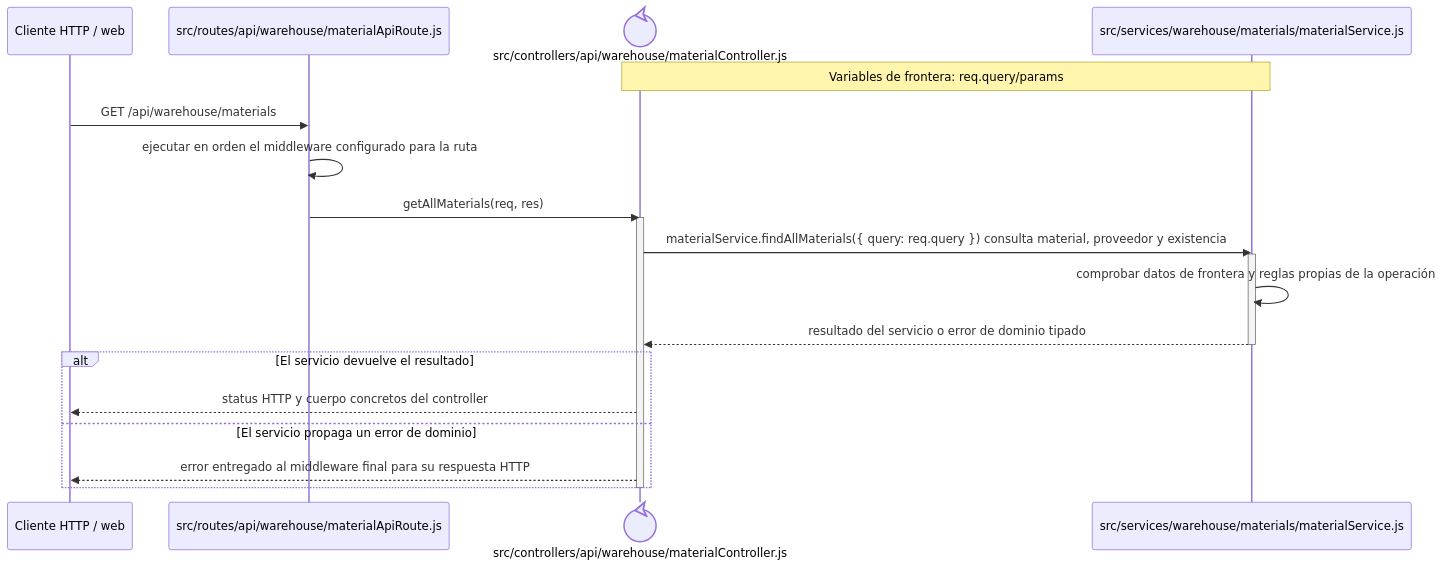
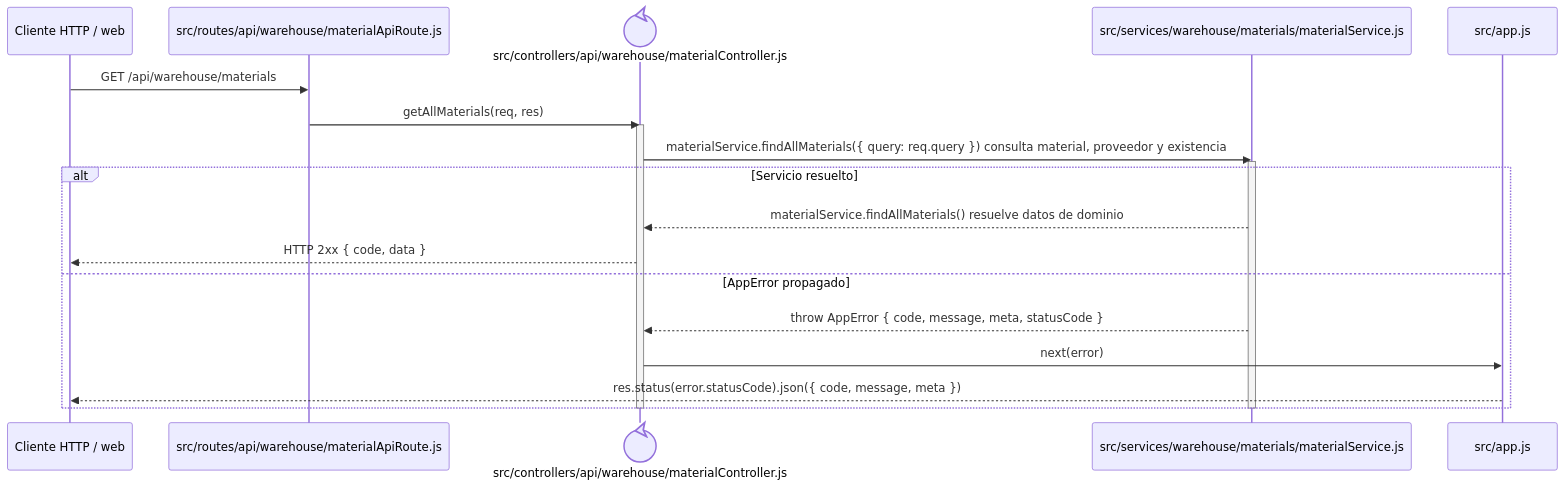
Before and after one commit to gpgsistemas01/nexus: the diagram in docs/architecture/backend-code-sequences/catalogs/cu-alm-01.md, drawn with Mermaid. The commit also changed 148 other files, not shown here.

````diff
--- a/docs/architecture/backend-code-sequences/catalogs/cu-alm-01.md
+++ b/docs/architecture/backend-code-sequences/catalogs/cu-alm-01.md
@@ -6,24 +6,24 @@
 ```mermaid
 sequenceDiagram
     participant Client as Cliente HTTP / web
     participant Route as src/routes/api/warehouse/materialApiRoute.js
     participant Controller@{ "type": "control" } as src/controllers/api/warehouse/materialController.js
     participant Domain as src/services/warehouse/materials/materialService.js
-    Note over Controller,Domain: Variables de frontera: req.query/params
+    participant ErrorHandler as src/app.js
 
     Client->>Route: GET /api/warehouse/materials
-    Route->>Route: ejecutar en orden el middleware configurado para la ruta
     Route->>Controller: getAllMaterials(req, res)
     activate Controller
     Controller->>Domain: materialService.findAllMaterials({ query: req.query }) consulta material, proveedor y existencia
     activate Domain
-    Domain->>Domain: comprobar datos de frontera y reglas propias de la operación
-    Domain-->>Controller: resultado del servicio o error de dominio tipado
+    alt Servicio resuelto
+        Domain-->>Controller: materialService.findAllMaterials() resuelve datos de dominio
+        Controller-->>Client: HTTP 2xx { code, data }
+    else AppError propagado
+        Domain-->>Controller: throw AppError { code, message, meta, statusCode }
+        Controller->>ErrorHandler: next(error)
+        ErrorHandler-->>Client: res.status(error.statusCode).json({ code, message, meta })
+    end
     deactivate Domain
-    alt El servicio devuelve el resultado
-        Controller-->>Client: status HTTP y cuerpo concretos del controller
-    else El servicio propaga un error de dominio
-        Controller-->>Client: error entregado al middleware final para su respuesta HTTP
-    end
     deactivate Controller
 ```
````
